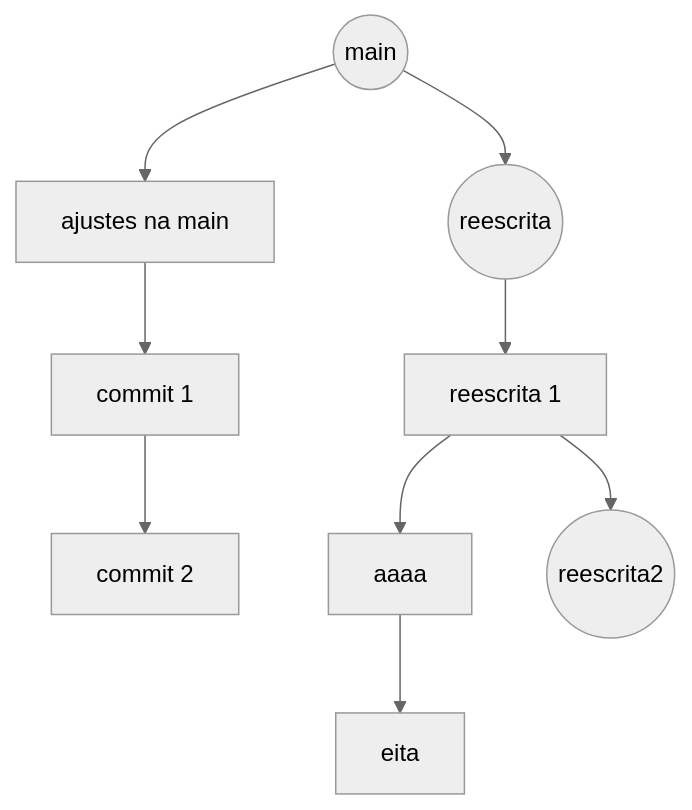
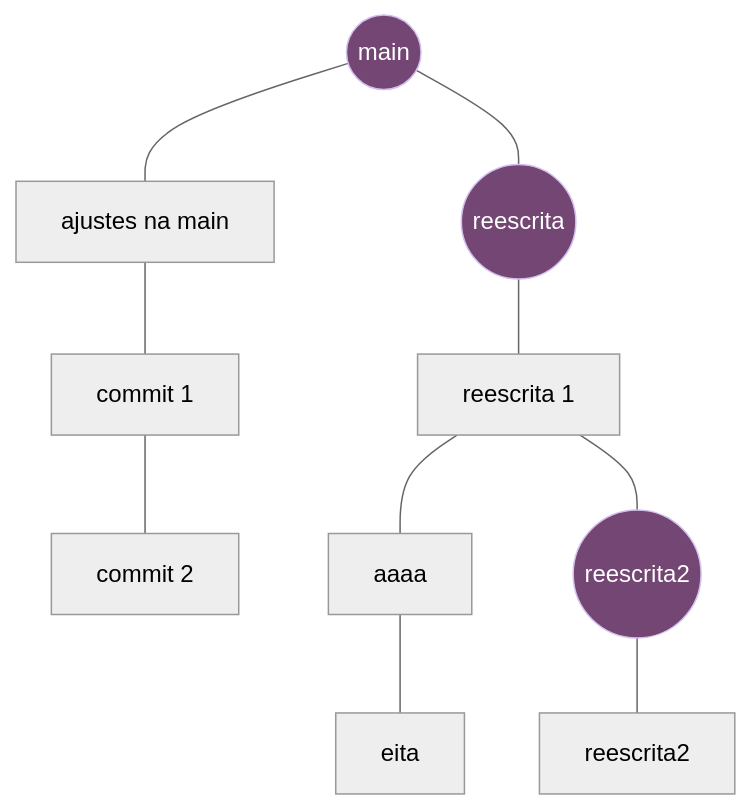
Before and after one commit to Hysumi/team-patterns: the first of 2 diagrams in git/pull-request-strategy.md, drawn with Mermaid (neutral theme). The commit also changed other lines of this file, not shown here.

Commit message:
:lipstick: style(prpattern):change graph color

````diff
--- a/git/pull-request-strategy.md
+++ b/git/pull-request-strategy.md
@@ -160,11 +160,16 @@
 ```mermaid
 graph TD;
-    main((main))-->main1[ajustes na main];
-    main1[ajustes na main]-->main2[commit 1];
-    main2[commit 1]-->main3[commit 2];
-    main((main))-->rewrite((reescrita));
-    rewrite((reescrita))-->rewrite1[reescrita 1]
-    rewrite1[reescrita 1]--> aaaa;
-    aaaa-->eita
-    rewrite1[reescrita 1]--> rewrite2((reescrita2))
+    main((main))---main1[ajustes na main];
+    main1[ajustes na main]---main2[commit 1];
+    main2[commit 1]---main3[commit 2];
+    main((main))---rewrite((reescrita));
+    rewrite((reescrita))---rewrite1[reescrita 1]
+    rewrite1[reescrita 1]---aaaa;
+    aaaa---eita
+    rewrite1[reescrita 1]---rewrite2((reescrita2))
+    rewrite2((reescrita2))---reescrita2
+
+    classDef A color:#fff,fill:#744673,stroke:#d2bff0
+    class main,rewrite,rewrite2 A
+
 ```
````
